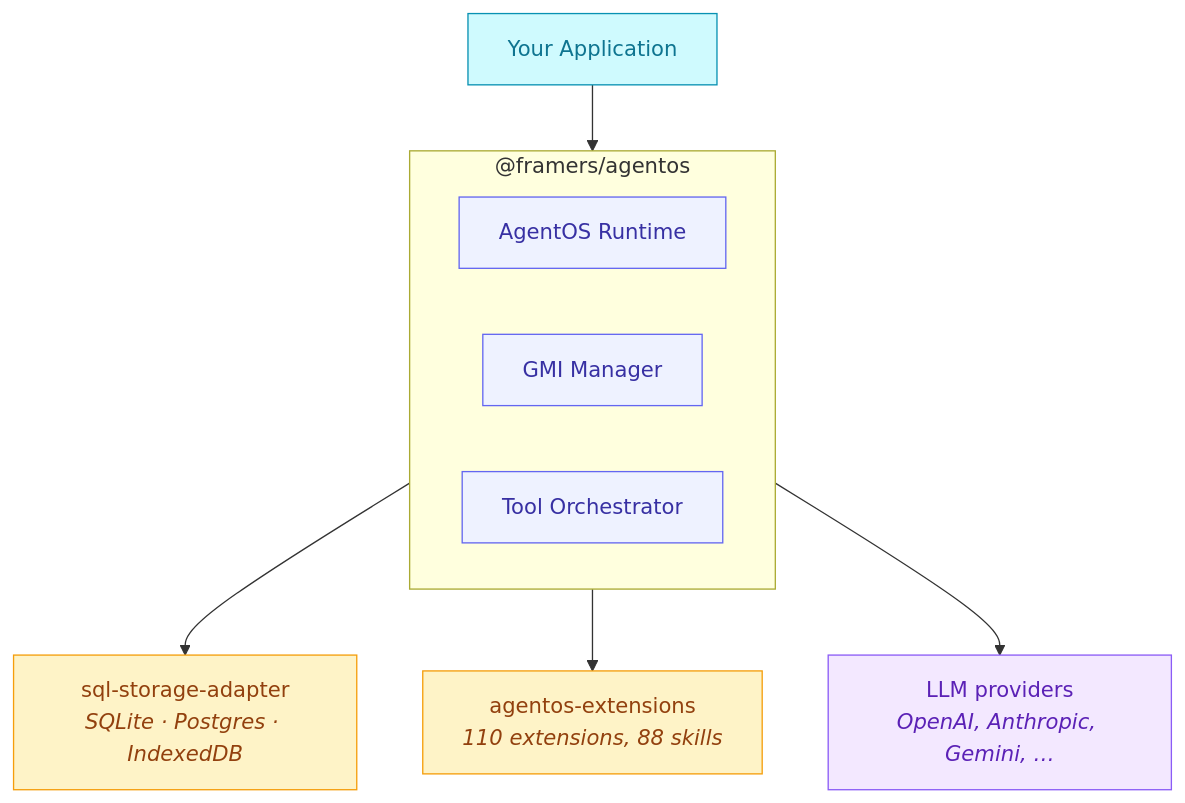
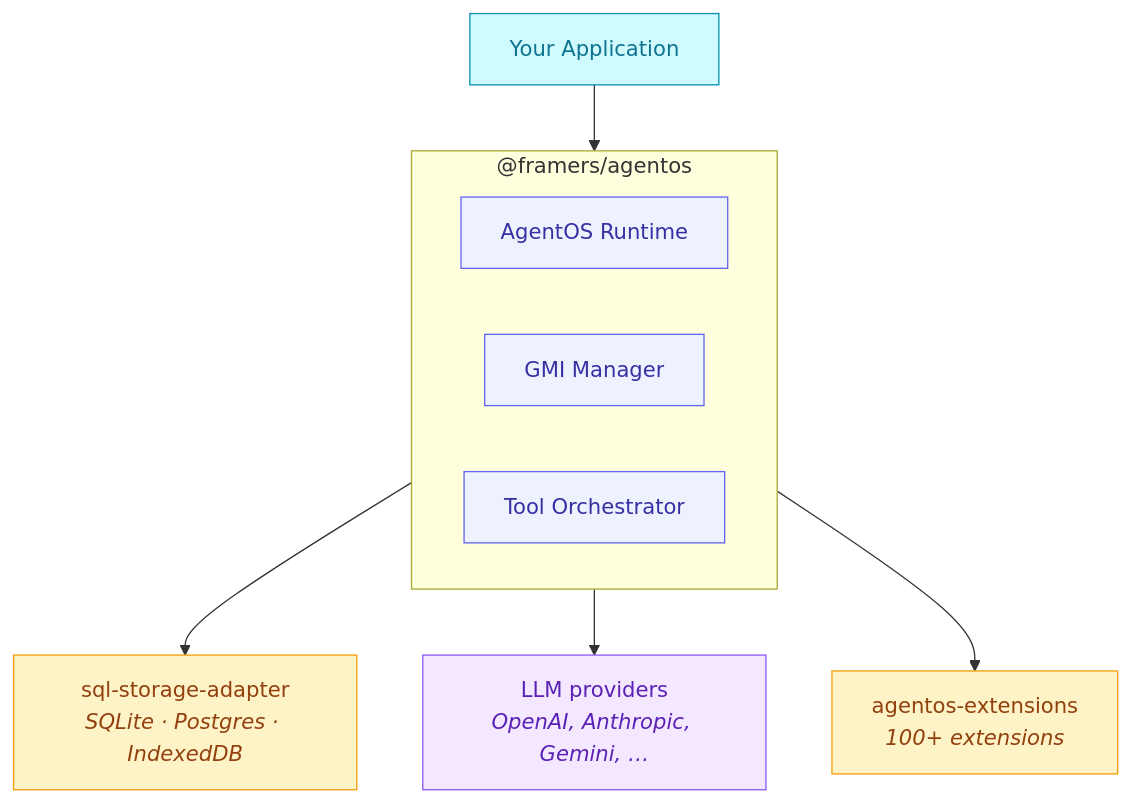
One commit to framerslab/agentos changed the diagram in docs/architecture/ECOSYSTEM.md. Above: the diagram before and after it, drawn with Mermaid. The commit also changed other lines of this file, not shown here.

````diff
--- a/docs/architecture/ECOSYSTEM.md
+++ b/docs/architecture/ECOSYSTEM.md
@@ -203,25 +204,25 @@
 ```mermaid
 flowchart TD
     App["Your Application"]:::input
 
     subgraph core["@framers/agentos"]
         direction LR
         Runtime["AgentOS Runtime"]:::process
         GMI["GMI Manager"]:::process
         Tools["Tool Orchestrator"]:::process
     end
 
     Storage["sql-storage-adapter<br/><i>SQLite · Postgres · IndexedDB</i>"]:::data
-    Ext["agentos-extensions<br/><i>110 extensions, 88 skills</i>"]:::data
+    Ext["agentos-extensions<br/><i>100+ extensions</i>"]:::data
     LLM["LLM providers<br/><i>OpenAI, Anthropic, Gemini, …</i>"]:::external
 
     App --> core
     Runtime --> Storage
-    GMI --> Ext
-    Tools --> LLM
+    GMI --> LLM
+    Tools --> Ext
 
     classDef input fill:#cffafe,stroke:#0891b2,color:#0e7490
     classDef process fill:#eef2ff,stroke:#6366f1,color:#3730a3
     classDef data fill:#fef3c7,stroke:#f59e0b,color:#92400e
     classDef external fill:#f3e8ff,stroke:#8b5cf6,color:#5b21b6
 ```
````
